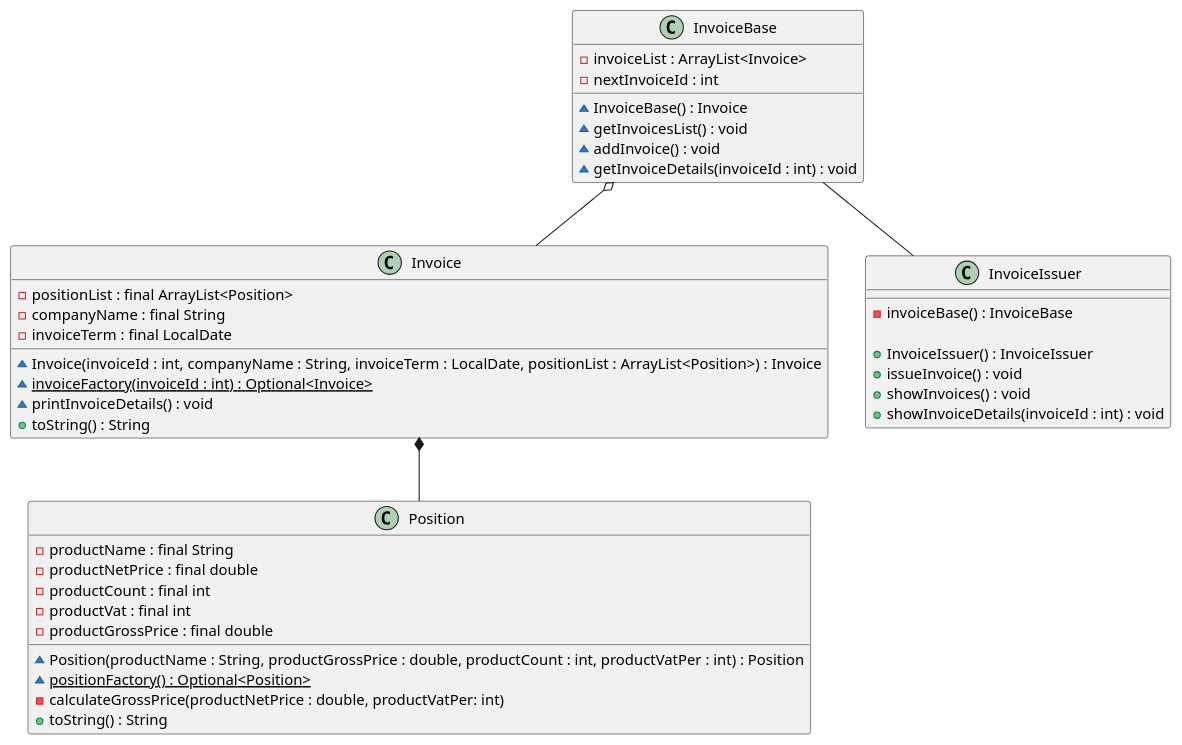
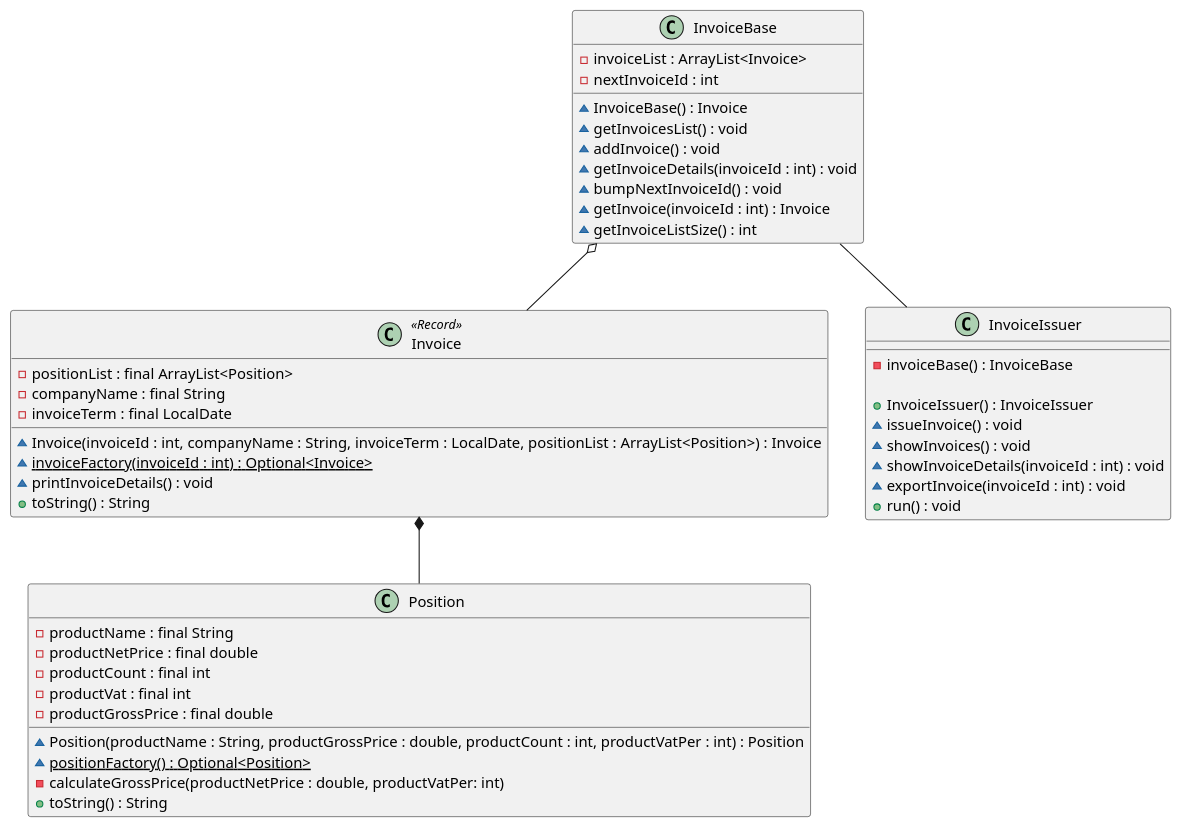
Before and after one commit to szlachtun/tp-lista-2: the diagram in docs/class.puml, drawn with PlantUML. The commit also changed 8 other files, not shown here.

```diff
--- a/docs/class.puml
+++ b/docs/class.puml
@@ -1,48 +1,53 @@
 @startuml
 class InvoiceBase {
     -invoiceList : ArrayList<Invoice>
     -nextInvoiceId : int
 
     ~InvoiceBase() : Invoice
     ~getInvoicesList() : void
     ~addInvoice() : void
     ~getInvoiceDetails(invoiceId : int) : void
+    ~bumpNextInvoiceId() : void
+    ~getInvoice(invoiceId : int) : Invoice
+    ~getInvoiceListSize() : int
 }
 
-class Invoice {
+class Invoice <<Record>> {
     -positionList : final ArrayList<Position>
     -companyName : final String
     -invoiceTerm : final LocalDate
 
     ~Invoice(invoiceId : int, companyName : String, invoiceTerm : LocalDate, positionList : ArrayList<Position>) : Invoice
     ~{static}invoiceFactory(invoiceId : int) : Optional<Invoice>
     ~printInvoiceDetails() : void
     +toString() : String
 }
 
 class Position {
     -productName : final String
     -productNetPrice : final double
     -productCount : final int
     -productVat : final int
     -productGrossPrice : final double
 
     ~Position(productName : String, productGrossPrice : double, productCount : int, productVatPer : int) : Position
     ~{static}positionFactory() : Optional<Position>
     -calculateGrossPrice(productNetPrice : double, productVatPer: int)
     +toString() : String
 }
 
 class InvoiceIssuer {
     -invoiceBase() : InvoiceBase
 
     +InvoiceIssuer() : InvoiceIssuer
-    +issueInvoice() : void
-    +showInvoices() : void
-    +showInvoiceDetails(invoiceId : int) : void
+    ~issueInvoice() : void
+    ~showInvoices() : void
+    ~showInvoiceDetails(invoiceId : int) : void
+    ~exportInvoice(invoiceId : int) : void
+    +run() : void
 }
 
 InvoiceBase -- InvoiceIssuer
 InvoiceBase o-- Invoice
 Invoice *-- Position
 @enduml
```
